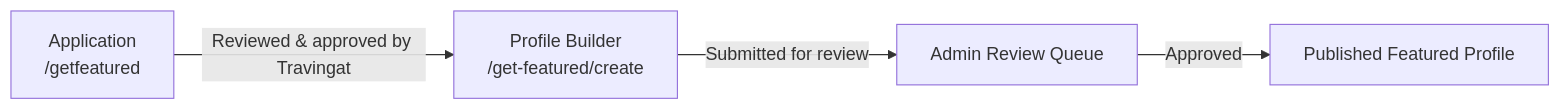
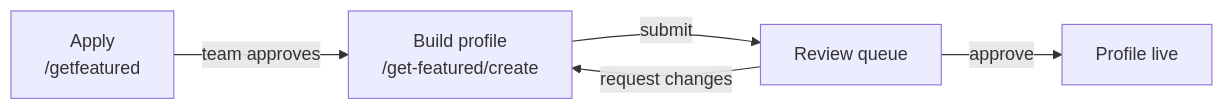
Before and after one commit to ss-travingat/devportal: the first of 4 diagrams in src/docs/Get-Featured.md, drawn with Mermaid. The commit also changed other lines of this file and 7 other files, not shown here.

````diff
--- a/src/docs/Get-Featured.md
+++ b/src/docs/Get-Featured.md
@@ -13,6 +13,7 @@
 ```mermaid
 flowchart LR
-    A["Application\n/getfeatured"] -->|Reviewed & approved by Travingat| B["Profile Builder\n/get-featured/create"]
-    B -->|Submitted for review| C["Admin Review Queue"]
-    C -->|Approved| D["Published Featured Profile"]
+    A["Apply\n/getfeatured"] -->|team approves| B["Build profile\n/get-featured/create"]
+    B -->|submit| C["Review queue"]
+    C -->|approve| D["Profile live"]
+    C -->|request changes| B
 ```
````
